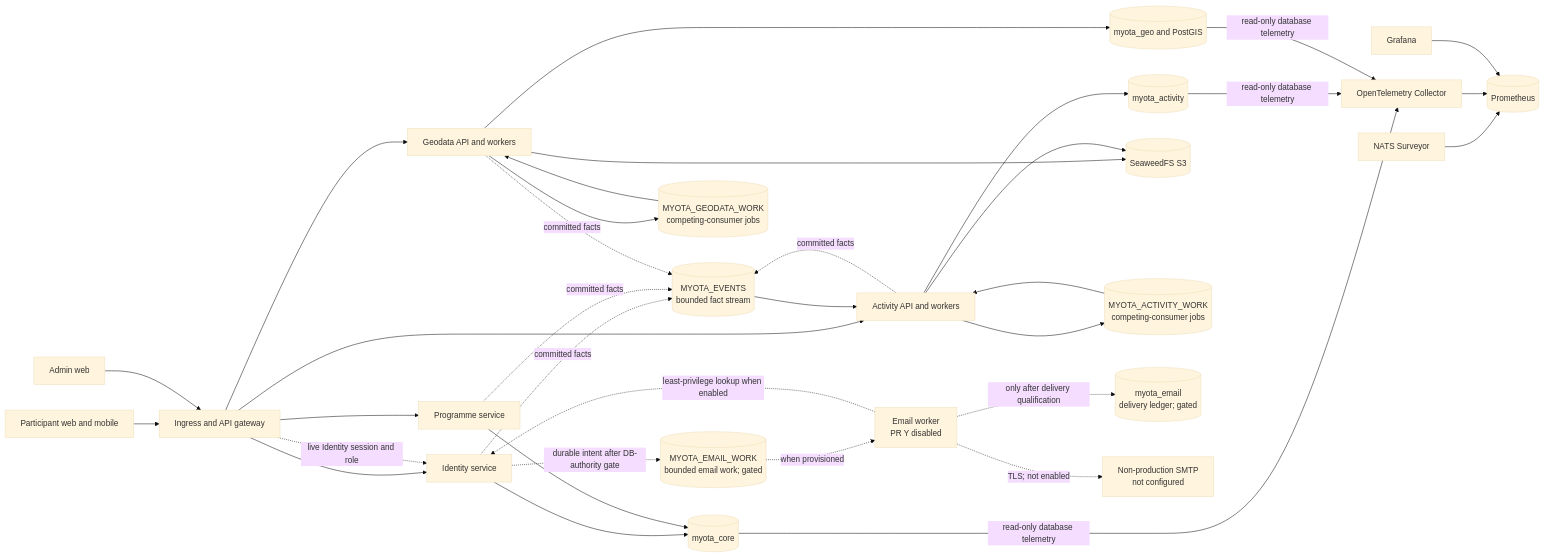
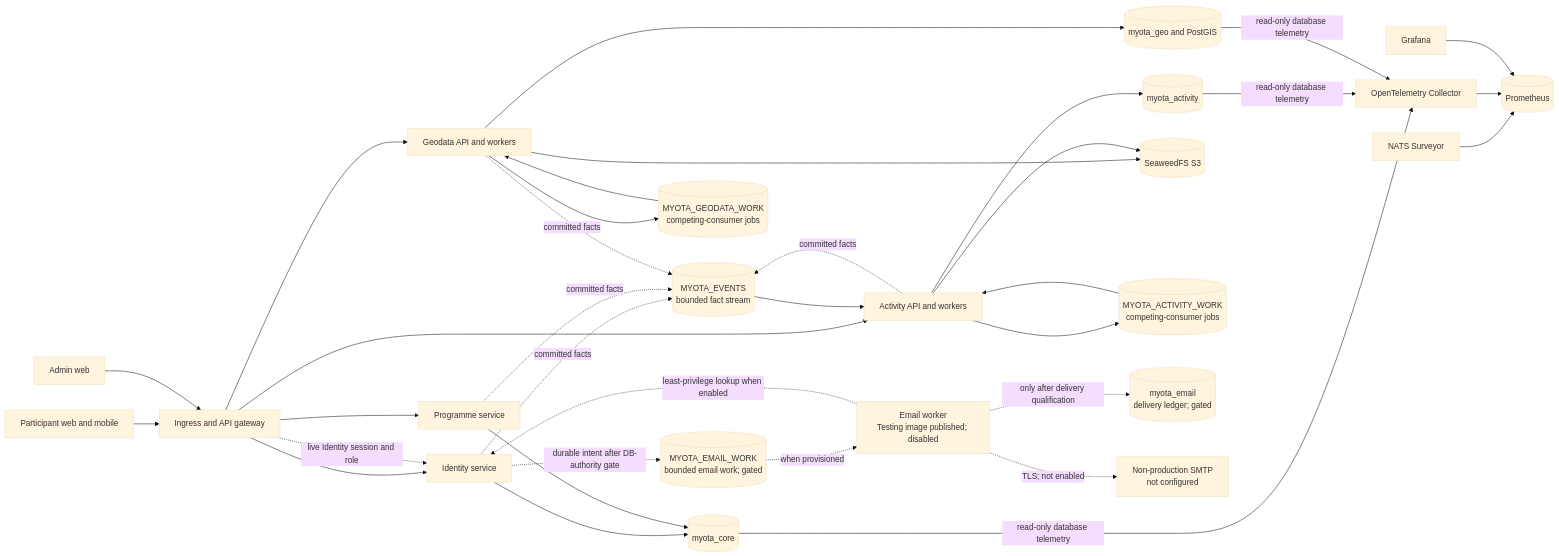
Before and after one commit to myota-platform/myota-docs: the diagram in docs/architecture/diagrams/service-boundaries.md, drawn with Mermaid (base theme). The commit also changed other lines of this file and 5 other files, not shown here.

Commit message:
docs(email): record testing image publication state

````diff
--- a/docs/architecture/diagrams/service-boundaries.md
+++ b/docs/architecture/diagrams/service-boundaries.md
@@ -16,62 +16,62 @@
 ```mermaid
 flowchart LR
   Participant[Participant web and mobile]
   Admin[Admin web]
   Gateway[Ingress and API gateway]
   Identity[Identity service]
   Programme[Programme service]
   Activity[Activity API and workers]
   Geodata[Geodata API and workers]
-  Email[Email worker<br/>PR #89; disabled]
+  Email[Email worker<br/>Testing image published; disabled]
   Core[(myota_core)]
   ActivityDB[(myota_activity)]
   GeoDB[(myota_geo and PostGIS)]
   Objects[(SeaweedFS S3)]
   Events[(MYOTA_EVENTS<br/>bounded fact stream)]
   ActivityWork[(MYOTA_ACTIVITY_WORK<br/>competing-consumer jobs)]
   GeoWork[(MYOTA_GEODATA_WORK<br/>competing-consumer jobs)]
   EmailWork[(MYOTA_EMAIL_WORK<br/>bounded email work; gated)]
   EmailDB[(myota_email<br/>delivery ledger; gated)]
   SMTP[Non-production SMTP<br/>not configured]
   Surveyor[NATS Surveyor]
   Prometheus[(Prometheus)]
   Collector[OpenTelemetry Collector]
   Grafana[Grafana]
 
   Participant --> Gateway
   Admin --> Gateway
   Gateway --> Identity
   Gateway --> Programme
   Gateway --> Activity
   Gateway --> Geodata
 
   Identity --> Core
   Programme --> Core
   Activity --> ActivityDB
   Geodata --> GeoDB
   Geodata --> Objects
   Activity --> Objects
 
   Identity -. committed facts .-> Events
   Programme -. committed facts .-> Events
   Activity -. committed facts .-> Events
   Geodata -. committed facts .-> Events
   Activity --> ActivityWork
   Geodata --> GeoWork
   ActivityWork --> Activity
   GeoWork --> Geodata
   Identity -. durable intent after DB-authority gate .-> EmailWork
   EmailWork -. when provisioned .-> Email
   Email -. least-privilege lookup when enabled .-> Identity
   Email -. only after delivery qualification .-> EmailDB
   Email -. TLS; not enabled .-> SMTP
   Events --> Activity
 
   Surveyor --> Prometheus
   Core -->|read-only database telemetry| Collector
   ActivityDB -->|read-only database telemetry| Collector
   GeoDB -->|read-only database telemetry| Collector
   Gateway -. live Identity session and role .-> Identity
   Collector --> Prometheus
   Grafana --> Prometheus
 ```
````
